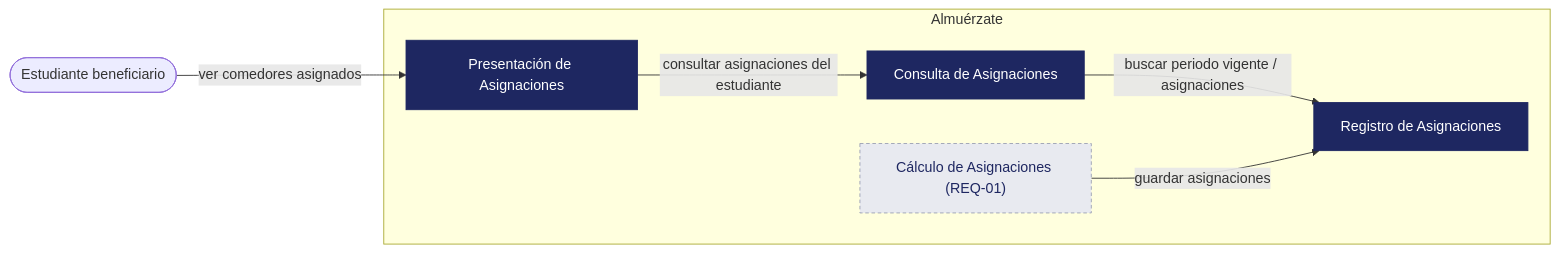
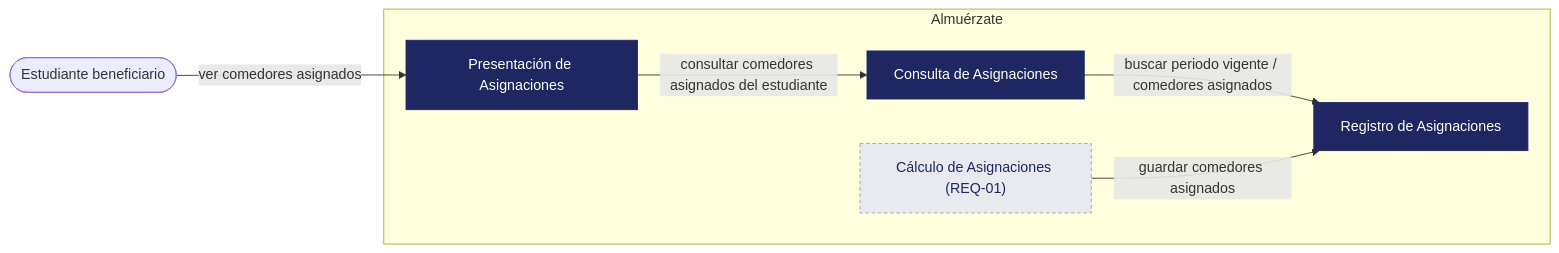
One commit to alfredoquev/Almuerzate.app changed the first of 2 diagrams in docs/requirements/01_Architectural_and_Detailed_Design (1).md. Above: the diagram before and after it, drawn with Mermaid. The commit also changed other lines of this file, not shown here.

````diff
--- a/docs/requirements/01_Architectural_and_Detailed_Design (1).md
+++ b/docs/requirements/01_Architectural_and_Detailed_Design (1).md
@@ -37,20 +38,20 @@
 ```mermaid
 flowchart LR
     Est([Estudiante beneficiario])
     subgraph SYS["Almuérzate"]
         PA["Presentación de Asignaciones"]
         CA["Consulta de Asignaciones"]
         RA["Registro de Asignaciones"]
         CAL["Cálculo de Asignaciones (REQ-01)"]
     end
-
+ 
     Est -->|"ver comedores asignados"| PA
-    PA -->|"consultar asignaciones del estudiante"| CA
-    CA -->|"buscar periodo vigente / asignaciones"| RA
-    CAL -->|"guardar asignaciones"| RA
-
+    PA -->|"consultar comedores asignados del estudiante"| CA
+    CA -->|"buscar periodo vigente / comedores asignados"| RA
+    CAL -->|"guardar comedores asignados"| RA
+ 
     classDef alcance fill:#1E2761,color:#ffffff,stroke:#1E2761;
     classDef insumo fill:#E8EAF0,color:#1E2761,stroke:#9AA0B4,stroke-dasharray:4 3;
     class PA,CA,RA alcance;
     class CAL insumo;
 ```
````
